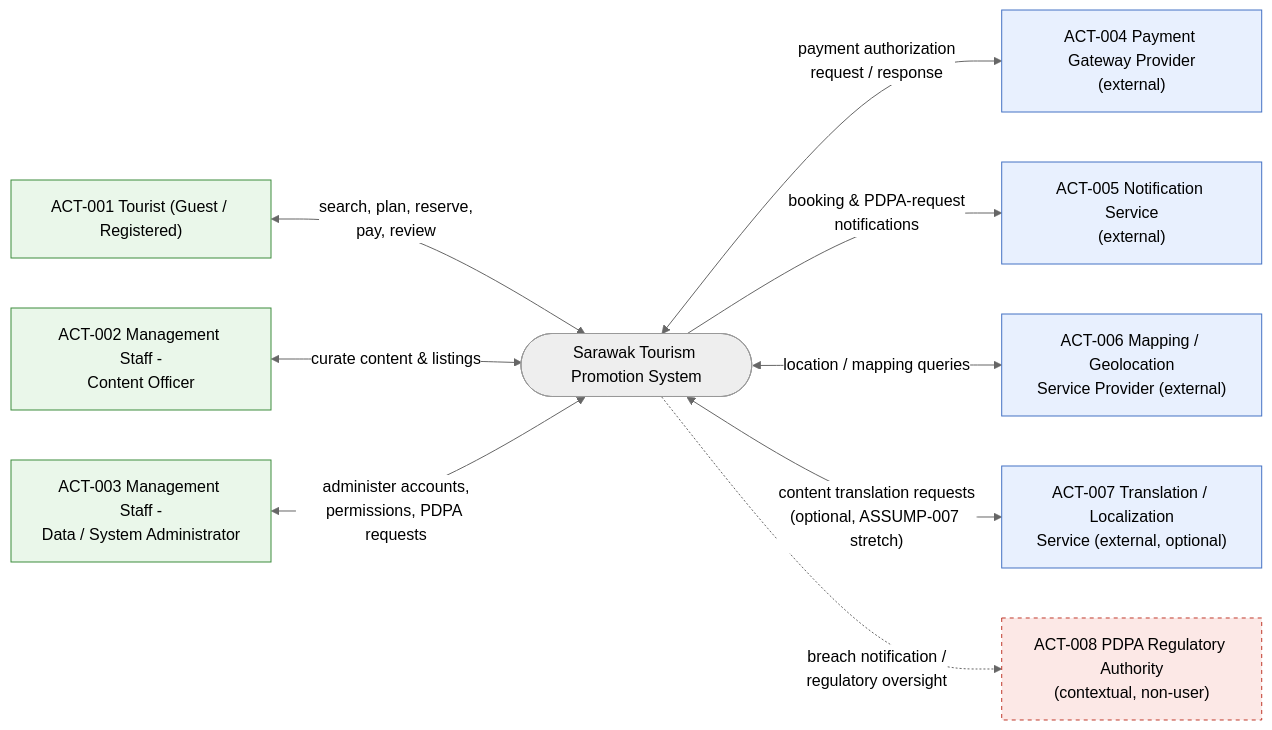
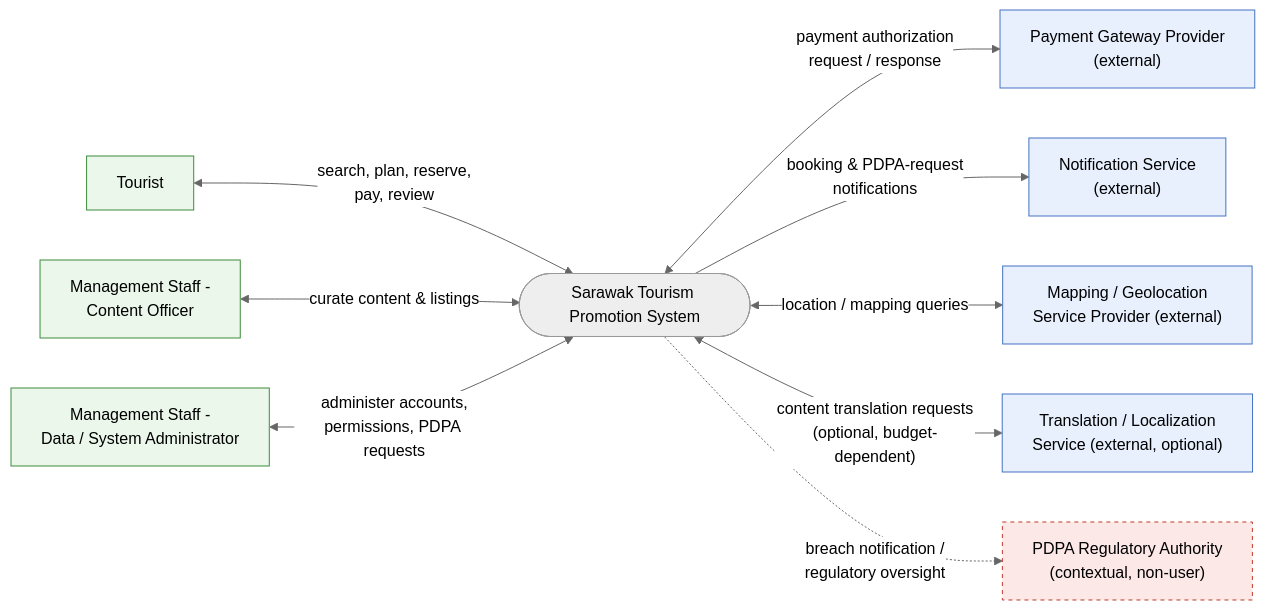
The first of 2 diagrams in FINAL_SRS.md (jarren18/SWE30003), drawn with Mermaid (neutral theme) before and after one commit. The commit also changed other lines of this file and 1 other file, not shown here.

````diff
--- a/FINAL_SRS.md
+++ b/FINAL_SRS.md
@@ -227,29 +213,29 @@
 ```mermaid
 flowchart LR
     STPS(["Sarawak Tourism Promotion System"])
 
-    Tourist["ACT-001 Tourist (Guest / Registered)"]
-    ContentOfficer["ACT-002 Management Staff -\nContent Officer"]
-    SysAdmin["ACT-003 Management Staff -\nData / System Administrator"]
-    Payment["ACT-004 Payment Gateway Provider\n(external)"]
-    Notify["ACT-005 Notification Service\n(external)"]
-    Mapping["ACT-006 Mapping / Geolocation\nService Provider (external)"]
-    Translate["ACT-007 Translation / Localization\nService (external, optional)"]
-    Regulator["ACT-008 PDPA Regulatory Authority\n(contextual, non-user)"]
+    Tourist["Tourist"]
+    ContentOfficer["Management Staff -\nContent Officer"]
+    SysAdmin["Management Staff -\nData / System Administrator"]
+    Payment["Payment Gateway Provider\n(external)"]
+    Notify["Notification Service\n(external)"]
+    Mapping["Mapping / Geolocation\nService Provider (external)"]
+    Translate["Translation / Localization\nService (external, optional)"]
+    Regulator["PDPA Regulatory Authority\n(contextual, non-user)"]
 
     Tourist <-->|"search, plan, reserve,\npay, review"| STPS
     ContentOfficer <-->|"curate content & listings"| STPS
     SysAdmin <-->|"administer accounts,\npermissions, PDPA requests"| STPS
     STPS <-->|"payment authorization\nrequest / response"| Payment
     STPS -->|"booking & PDPA-request\nnotifications"| Notify
     STPS <-->|"location / mapping queries"| Mapping
-    STPS <-->|"content translation requests\n(optional, ASSUMP-007 stretch)"| Translate
+    STPS <-->|"content translation requests\n(optional, budget-dependent)"| Translate
     STPS -.->|"breach notification /\nregulatory oversight"| Regulator
 
     classDef ext fill:#E8F0FE,stroke:#4472C4;
     classDef reg fill:#FCE8E6,stroke:#C0392B,stroke-dasharray: 4 4;
     classDef people fill:#EAF7EA,stroke:#3C8C3C;
     class Payment,Notify,Mapping,Translate ext;
     class Regulator reg;
     class Tourist,ContentOfficer,SysAdmin people;
 ```
````
